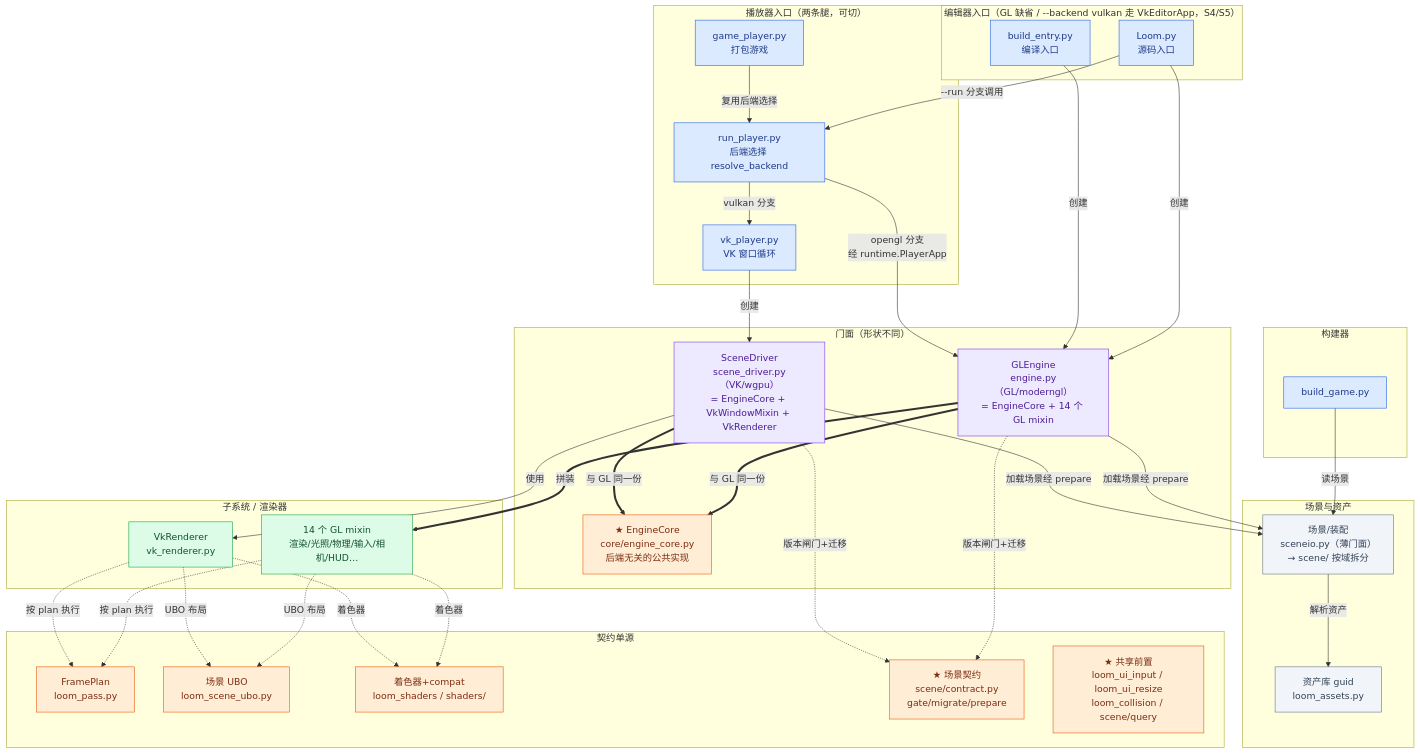
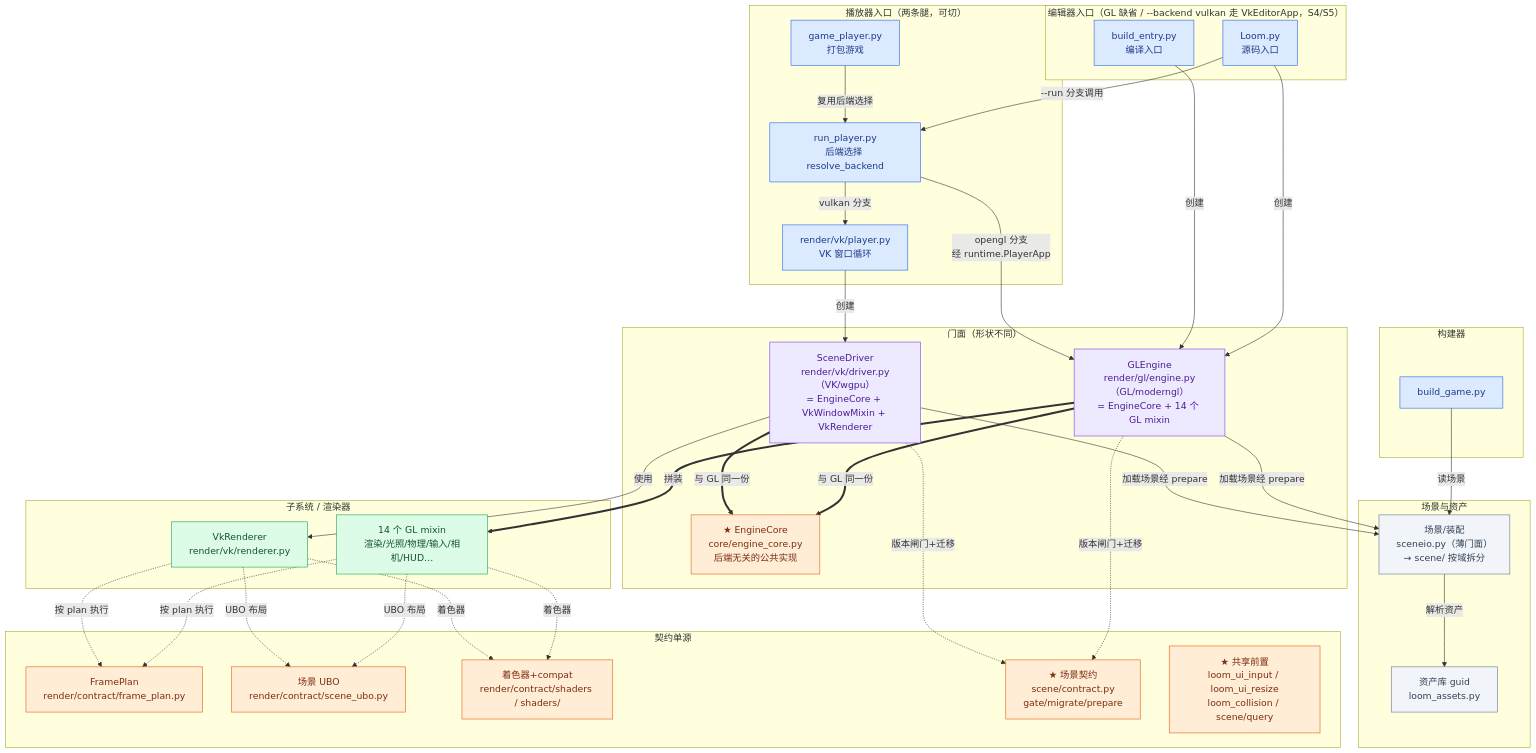
One commit to lhy302/WeaveEngine changed the first of 23 diagrams in ARCHITECTURE.md. Above: the diagram before and after it, drawn with Mermaid. The commit also changed other lines of this file and 97 other files, not shown here.

````diff
--- a/ARCHITECTURE.md
+++ b/ARCHITECTURE.md
@@ -74,63 +74,63 @@
 ```mermaid
 flowchart TB
   subgraph EDENT["编辑器入口（GL 缺省 / --backend vulkan 走 VkEditorApp，S4/S5）"]
     A1["Loom.py<br/>源码入口"]:::entry
     A2["build_entry.py<br/>编译入口"]:::entry
   end
   subgraph PLENT["播放器入口（两条腿，可切）"]
     A3["run_player.py<br/>后端选择 resolve_backend"]:::entry
     A4["game_player.py<br/>打包游戏"]:::entry
-    A5["vk_player.py<br/>VK 窗口循环"]:::entry
+    A5["render/vk/player.py<br/>VK 窗口循环"]:::entry
   end
   subgraph TOOL["构建器"]
     A6["build_game.py"]:::entry
   end
   subgraph FACADE["门面（形状不同）"]
-    B1["GLEngine<br/>engine.py（GL/moderngl）<br/>= EngineCore + 14 个 GL mixin"]:::facade
-    B2["SceneDriver<br/>scene_driver.py（VK/wgpu）<br/>= EngineCore + VkWindowMixin + VkRenderer"]:::facade
+    B1["GLEngine<br/>render/gl/engine.py（GL/moderngl）<br/>= EngineCore + 14 个 GL mixin"]:::facade
+    B2["SceneDriver<br/>render/vk/driver.py（VK/wgpu）<br/>= EngineCore + VkWindowMixin + VkRenderer"]:::facade
     B0["★ EngineCore<br/>core/engine_core.py<br/>后端无关的公共实现"]:::contract
   end
   subgraph IMPL["子系统 / 渲染器"]
     C1["14 个 GL mixin<br/>渲染/光照/物理/输入/相机/HUD…"]:::impl
-    C2["VkRenderer<br/>vk_renderer.py"]:::impl
+    C2["VkRenderer<br/>render/vk/renderer.py"]:::impl
   end
   subgraph CONTRACT["契约单源"]
-    D1["FramePlan<br/>loom_pass.py"]:::contract
-    D2["场景 UBO<br/>loom_scene_ubo.py"]:::contract
-    D3["着色器+compat<br/>loom_shaders / shaders/"]:::contract
+    D1["FramePlan<br/>render/contract/frame_plan.py"]:::contract
+    D2["场景 UBO<br/>render/contract/scene_ubo.py"]:::contract
+    D3["着色器+compat<br/>render/contract/shaders / shaders/"]:::contract
     D4["★ 场景契约<br/>scene/contract.py<br/>gate/migrate/prepare"]:::contract
     D5["★ 共享前置<br/>loom_ui_input / loom_ui_resize<br/>loom_collision / scene/query"]:::contract
   end
   subgraph DATA["场景与资产"]
     E1["场景/装配<br/>sceneio.py（薄门面）<br/>→ scene/ 按域拆分"]:::file
     E2["资产库 guid<br/>loom_assets.py"]:::file
   end
   A1 -->|创建| B1
   A2 -->|创建| B1
   A1 -->|--run 分支调用| A3
   A4 -->|复用后端选择| A3
   A3 -->|opengl 分支<br/>经 runtime.PlayerApp| B1
   A3 -->|vulkan 分支| A5
   A5 -->|创建| B2
   A6 -->|读场景| E1
   B1 ==>|拼装| C1
   B2 -->|使用| C2
   B1 ==>|与 GL 同一份| B0
   B2 ==>|与 GL 同一份| B0
   B1 -->|加载场景经 prepare| E1
   B2 -->|加载场景经 prepare| E1
   B1 -.->|版本闸门+迁移| D4
   B2 -.->|版本闸门+迁移| D4
   C1 -.->|按 plan 执行| D1
   C2 -.->|按 plan 执行| D1
   C1 -.->|UBO 布局| D2
   C2 -.->|UBO 布局| D2
   C1 -.->|着色器| D3
   C2 -.->|着色器| D3
   E1 -->|解析资产| E2
   classDef entry fill:#dbeafe,stroke:#2563eb,color:#1e3a8a
   classDef facade fill:#ede9fe,stroke:#7c3aed,color:#4c1d95
   classDef impl fill:#dcfce7,stroke:#16a34a,color:#14532d
   classDef contract fill:#ffedd5,stroke:#ea580c,color:#7c2d12
   classDef file fill:#f1f5f9,stroke:#64748b,color:#334155
 ```
````
